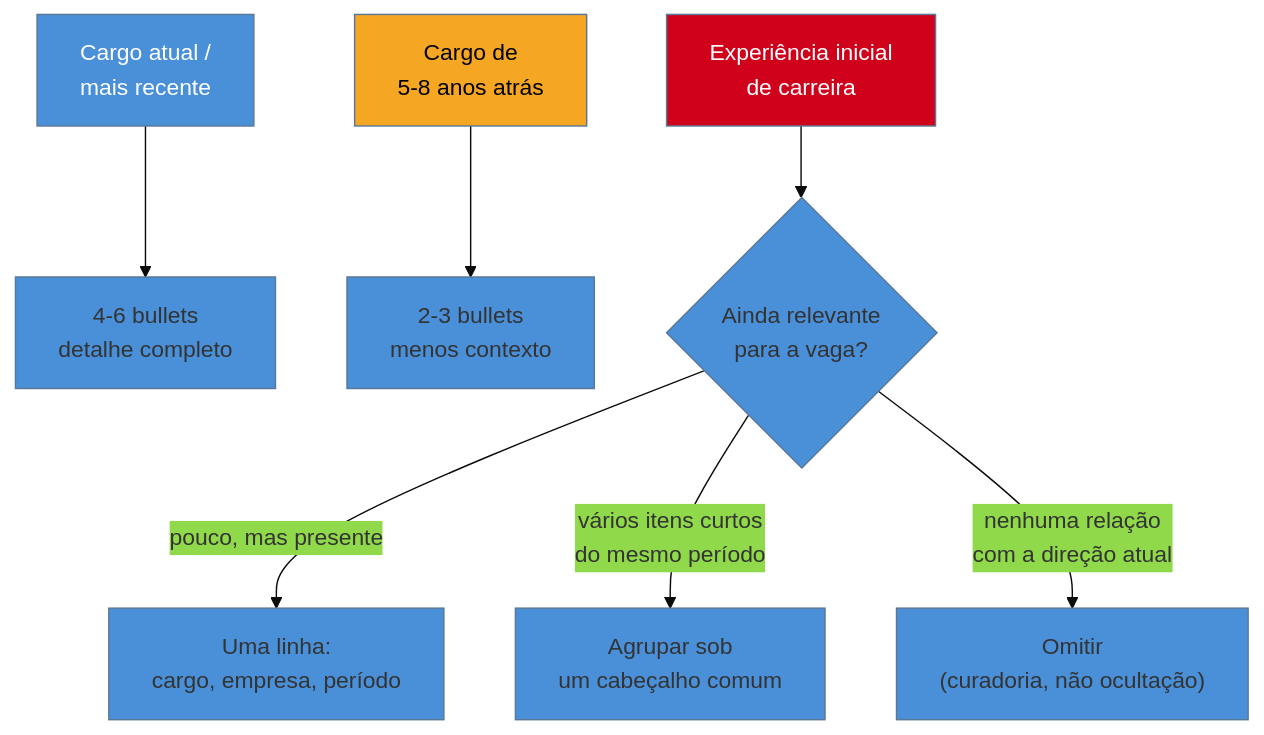
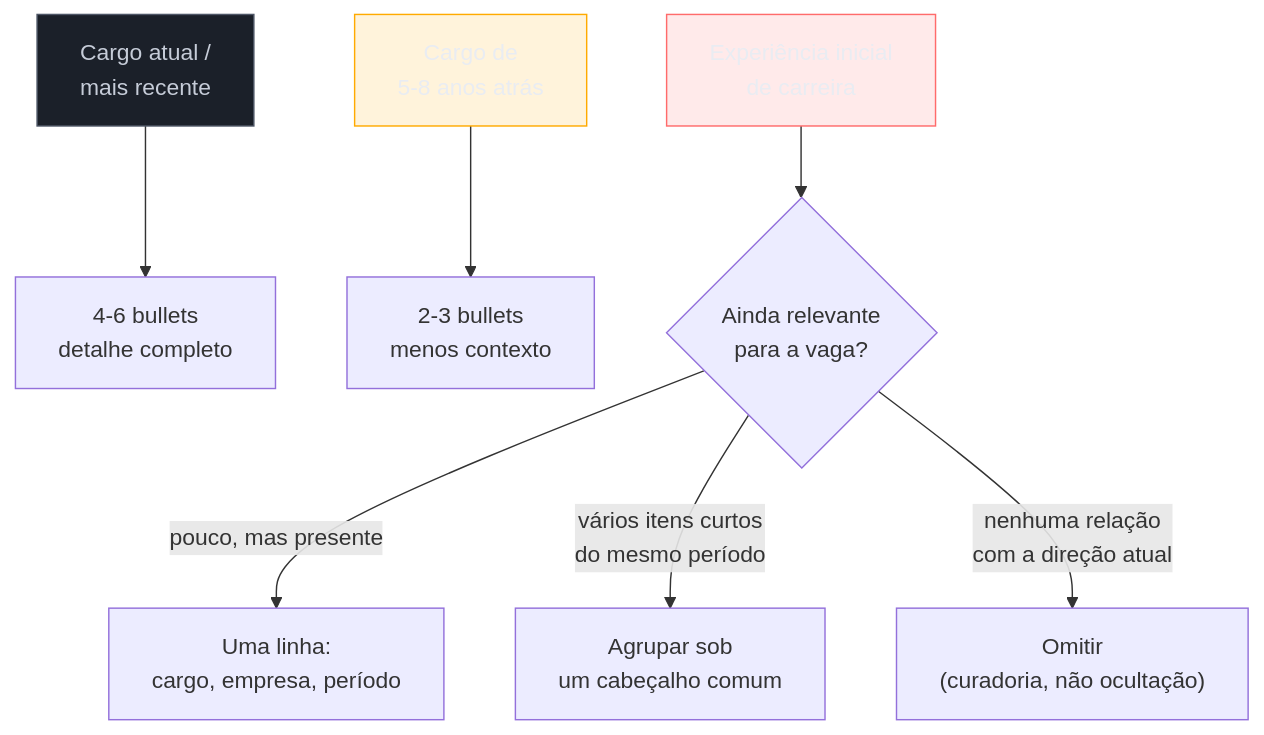
One commit to josenaldo/codex-technomanticus changed the diagram in 03-Dominios/Carreira/Currículo/16 - A seção de experiência profissional.md. Above: the diagram before and after it, drawn with Mermaid. The commit also changed 1181 other files, not shown here.

First line of the commit message:
fix(diagramas): paleta do sistema no lugar de cor cravada no markdown

````diff
--- a/03-Dominios/Carreira/Currículo/16 - A seção de experiência profissional.md
+++ b/03-Dominios/Carreira/Currículo/16 - A seção de experiência profissional.md
@@ -86,14 +86,16 @@
 ```mermaid
-%%{init: {"theme": "base", "themeVariables": {"primaryColor": "#4A90D9"}}}%%
 graph TD
+    classDef neutro fill:#1B2029,stroke:#4E5666,color:#C6CCD8
+    classDef destaque fill:#FFAA0024,stroke:#FFAA00,color:#E9ECF2
+    classDef falha fill:#FF6B6B24,stroke:#FF6B6B,color:#E9ECF2
     A["Cargo atual /<br/>mais recente"] --> B["4-6 bullets<br/>detalhe completo"]
     C["Cargo de<br/>5-8 anos atrás"] --> D["2-3 bullets<br/>menos contexto"]
     E["Experiência inicial<br/>de carreira"] --> F{"Ainda relevante<br/>para a vaga?"}
     F -->|"pouco, mas presente"| G["Uma linha:<br/>cargo, empresa, período"]
     F -->|"vários itens curtos<br/>do mesmo período"| H["Agrupar sob<br/>um cabeçalho comum"]
     F -->|"nenhuma relação<br/>com a direção atual"| I["Omitir<br/>(curadoria, não ocultação)"]
 
-    style A fill:#4A90D9,color:#fff
-    style C fill:#F5A623,color:#000
-    style E fill:#D0021B,color:#fff
+    class A neutro
+    class C destaque
+    class E falha
 ```
````
